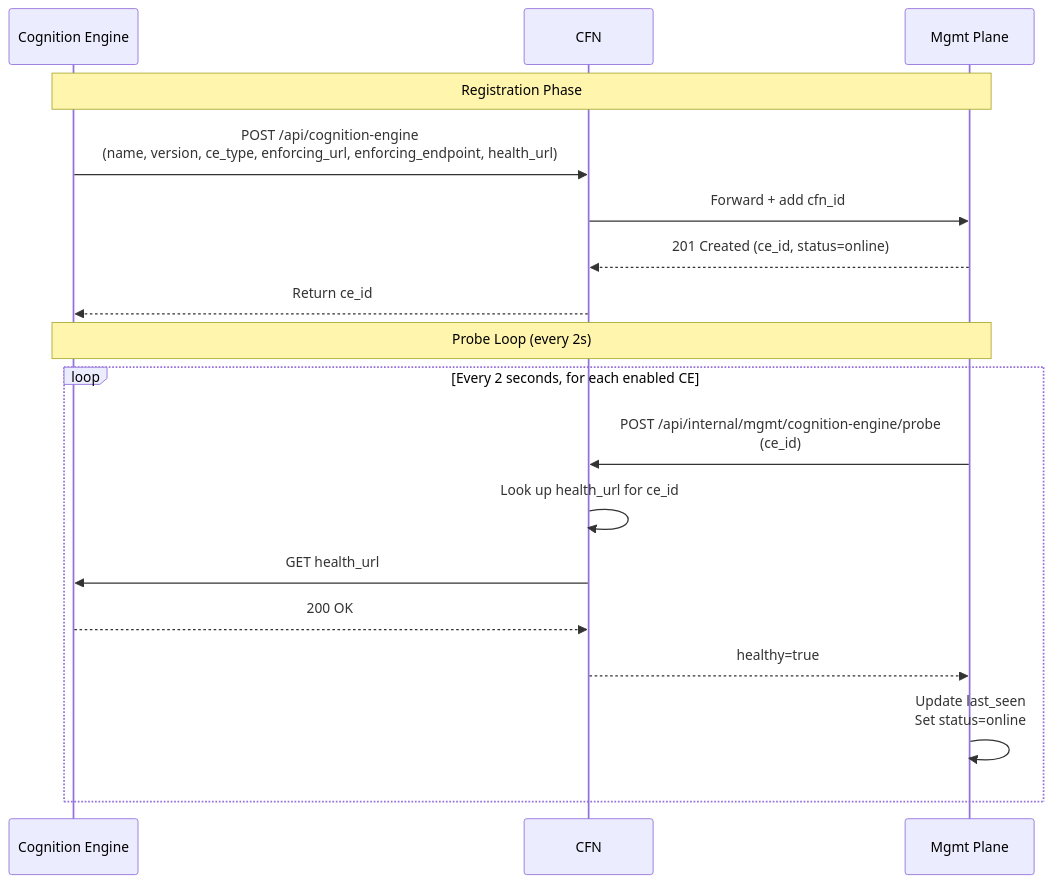
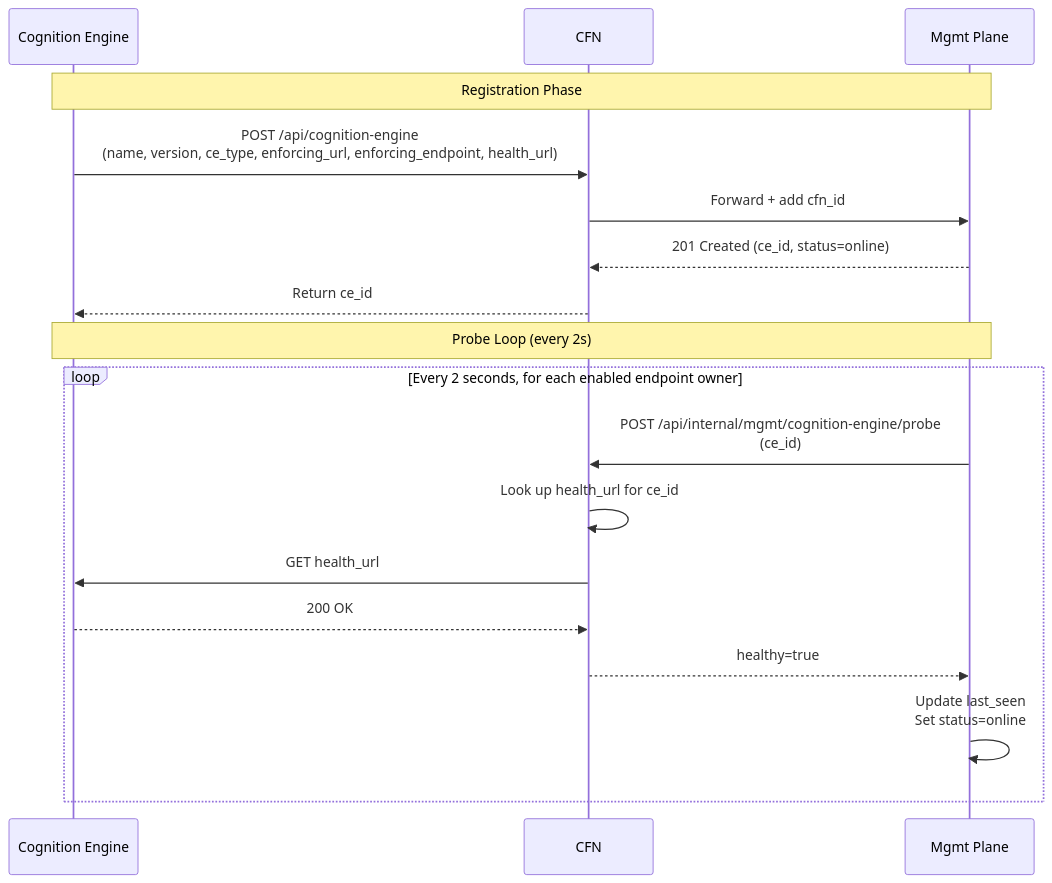
The first of 5 diagrams in api/ce/docs/CE-LIFECYCLE.md (ioc-project/cognition-fabric), drawn with Mermaid before and after one commit. The commit also changed other lines of this file and 5 other files, not shown here.

````diff
--- a/api/ce/docs/CE-LIFECYCLE.md
+++ b/api/ce/docs/CE-LIFECYCLE.md
@@ -9,22 +9,22 @@
 ```mermaid
 sequenceDiagram
     participant CE as Cognition Engine
     participant CFN as CFN
     participant Mgmt as Mgmt Plane
 
     Note over CE,Mgmt: Registration Phase
     CE->>CFN: POST /api/cognition-engine<br/>(name, version, ce_type, enforcing_url, enforcing_endpoint, health_url)
     CFN->>Mgmt: Forward + add cfn_id
     Mgmt-->>CFN: 201 Created (ce_id, status=online)
     CFN-->>CE: Return ce_id
 
     Note over CE,Mgmt: Probe Loop (every 2s)
-    loop Every 2 seconds, for each enabled CE
+    loop Every 2 seconds, for each enabled endpoint owner
         Mgmt->>CFN: POST /api/internal/mgmt/cognition-engine/probe<br/>(ce_id)
         CFN->>CFN: Look up health_url for ce_id
         CFN->>CE: GET health_url
         CE-->>CFN: 200 OK
         CFN-->>Mgmt: healthy=true
         Mgmt->>Mgmt: Update last_seen<br/>Set status=online
     end
 ```
````
